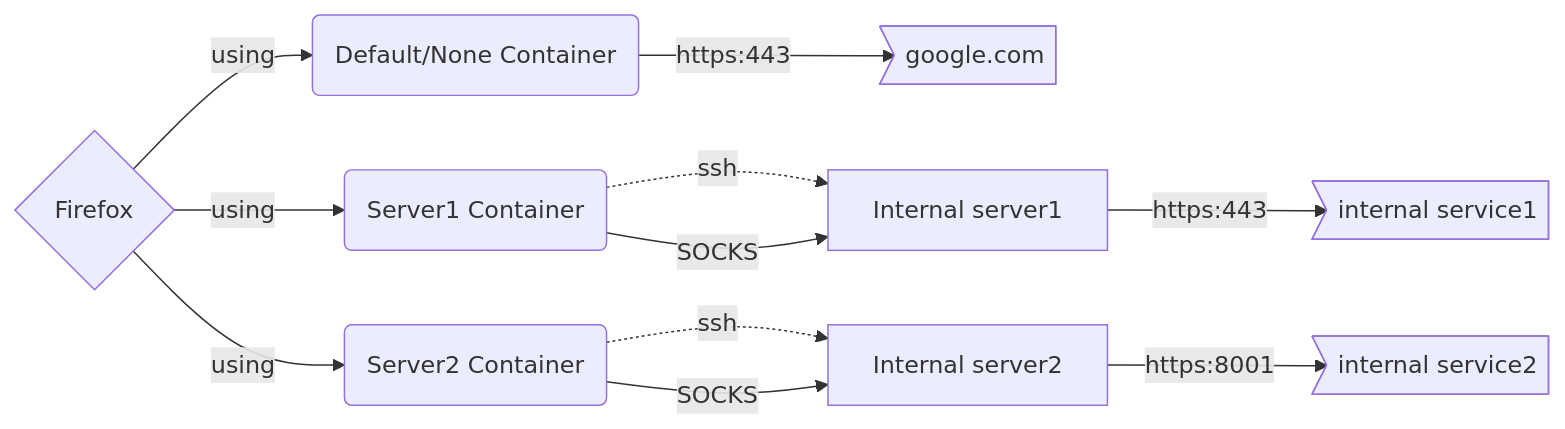
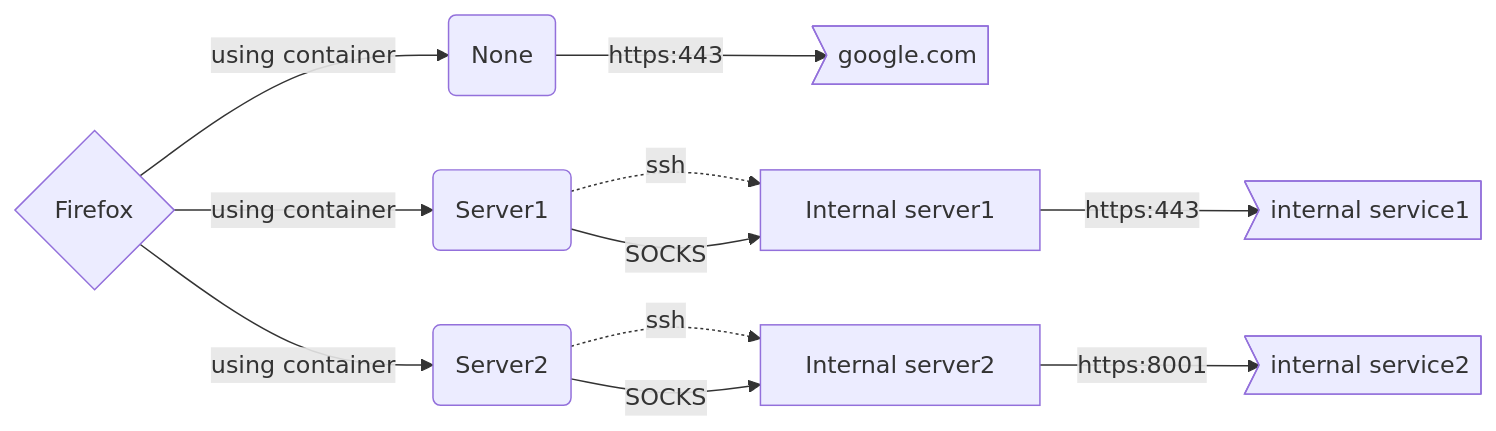
Before and after one commit to oveee92/oveee92.github.io: the second of 2 diagrams in docs/ssh_dynamic_forward.md, drawn with Mermaid. The commit also changed other lines of this file, not shown here.

````diff
--- a/docs/ssh_dynamic_forward.md
+++ b/docs/ssh_dynamic_forward.md
@@ -40,12 +41,12 @@
 ``` mermaid
 graph LR
   A{Firefox}
-  A -->|using| B(Default/None Container) -->|https:443| H>google.com]
-  A -->|using| C(Server1 Container) -.->|ssh| X[Internal server1]
+  A -->|using container| B(None) -->|https:443| H>google.com]
+  A -->|using container| C(Server1) -.->|ssh| X[Internal server1]
   X -->|https:443| I>internal service1]
-  A -->|using| D(Server2 Container) -.->|ssh| Y[Internal server2]
+  A -->|using container| D(Server2) -.->|ssh| Y[Internal server2]
   Y -->|https:8001| J>internal service2]
 
   C -->|SOCKS| X
   D -->|SOCKS| Y
 ```
````
